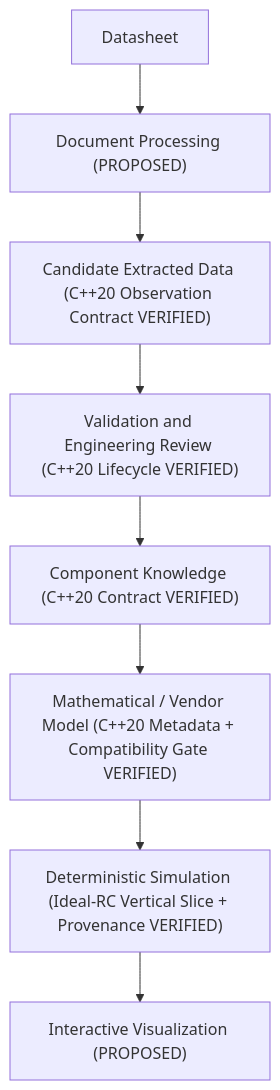
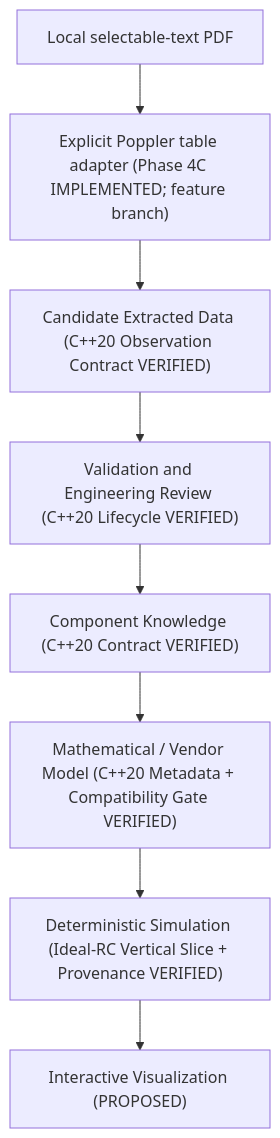
The diagram in docs/ARCHITECTURE.md (quocthaile/datasim), drawn with Mermaid before and after one commit. The commit also changed other lines of this file and 11 other files, not shown here.

````diff
--- a/docs/ARCHITECTURE.md
+++ b/docs/ARCHITECTURE.md
@@ -30,10 +36,10 @@
 ```mermaid
 flowchart TD
-    DS["Datasheet"] --> DP["Document Processing (PROPOSED)"]
+    DS["Local selectable-text PDF"] --> DP["Explicit Poppler table adapter (Phase 4C IMPLEMENTED; feature branch)"]
     DP --> CE["Candidate Extracted Data (C++20 Observation Contract VERIFIED)"]
     CE --> VR["Validation and Engineering Review (C++20 Lifecycle VERIFIED)"]
     VR --> CK["Component Knowledge (C++20 Contract VERIFIED)"]
     CK --> MM["Mathematical / Vendor Model (C++20 Metadata + Compatibility Gate VERIFIED)"]
     MM --> SIM["Deterministic Simulation (Ideal-RC Vertical Slice + Provenance VERIFIED)"]
     SIM --> VIS["Interactive Visualization (PROPOSED)"]
 ```
````
